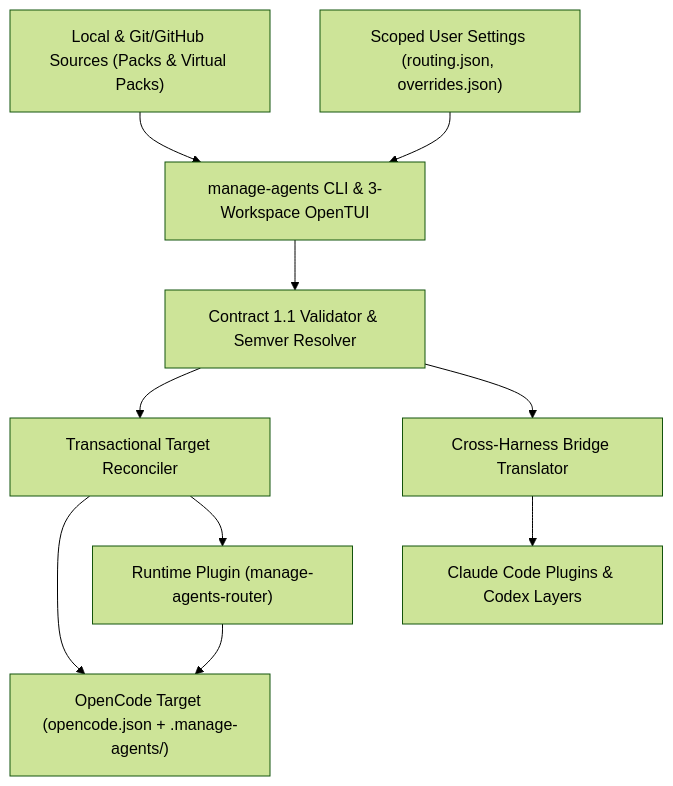
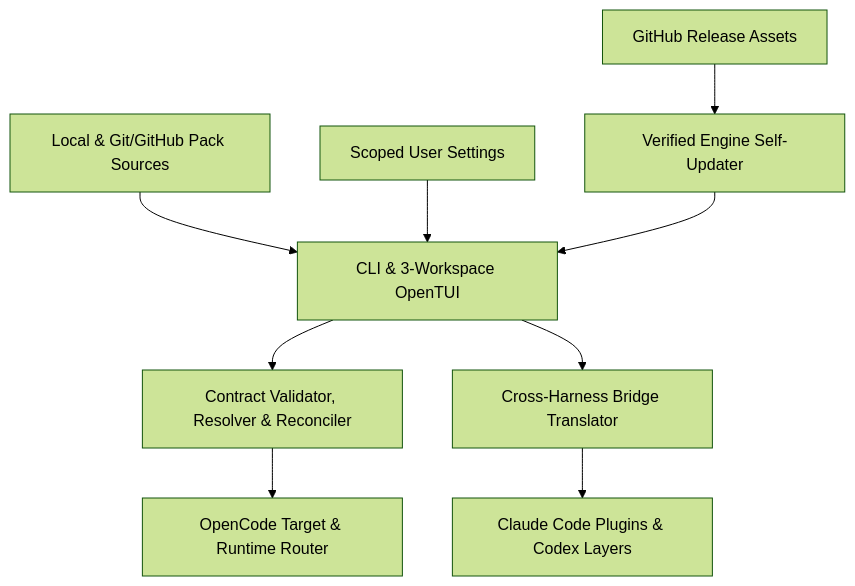
The diagram in wiki/overview.md (lorecanc/manage-agents), drawn with Mermaid (forest theme) before and after one commit. The commit also changed other lines of this file and 27 other files, not shown here.

````diff
--- a/wiki/overview.md
+++ b/wiki/overview.md
@@ -66,12 +67,11 @@
 ```mermaid
 graph TD
-    Sources["Local & Git/GitHub Sources (Packs & Virtual Packs)"] --> Engine["manage-agents CLI & 3-Workspace OpenTUI"]
-    Settings["Scoped User Settings (routing.json, overrides.json)"] --> Engine
-    Engine --> Validator["Contract 1.1 Validator & Semver Resolver"]
-    Validator --> Installer["Transactional Target Reconciler"]
-    Validator --> Translator["Cross-Harness Bridge Translator"]
-    Installer --> Target["OpenCode Target (opencode.json + .manage-agents/)"]
-    Installer --> Router["Runtime Plugin (manage-agents-router)"]
-    Router --> Target
+    Sources["Local & Git/GitHub Pack Sources"] --> Engine["CLI & 3-Workspace OpenTUI"]
+    Settings["Scoped User Settings"] --> Engine
+    Engine --> PackOps["Contract Validator, Resolver & Reconciler"]
+    PackOps --> Target["OpenCode Target & Runtime Router"]
+    Engine --> Translator["Cross-Harness Bridge Translator"]
     Translator --> Bridges["Claude Code Plugins & Codex Layers"]
+    Releases["GitHub Release Assets"] --> Updater["Verified Engine Self-Updater"]
+    Updater --> Engine
 ```
````
